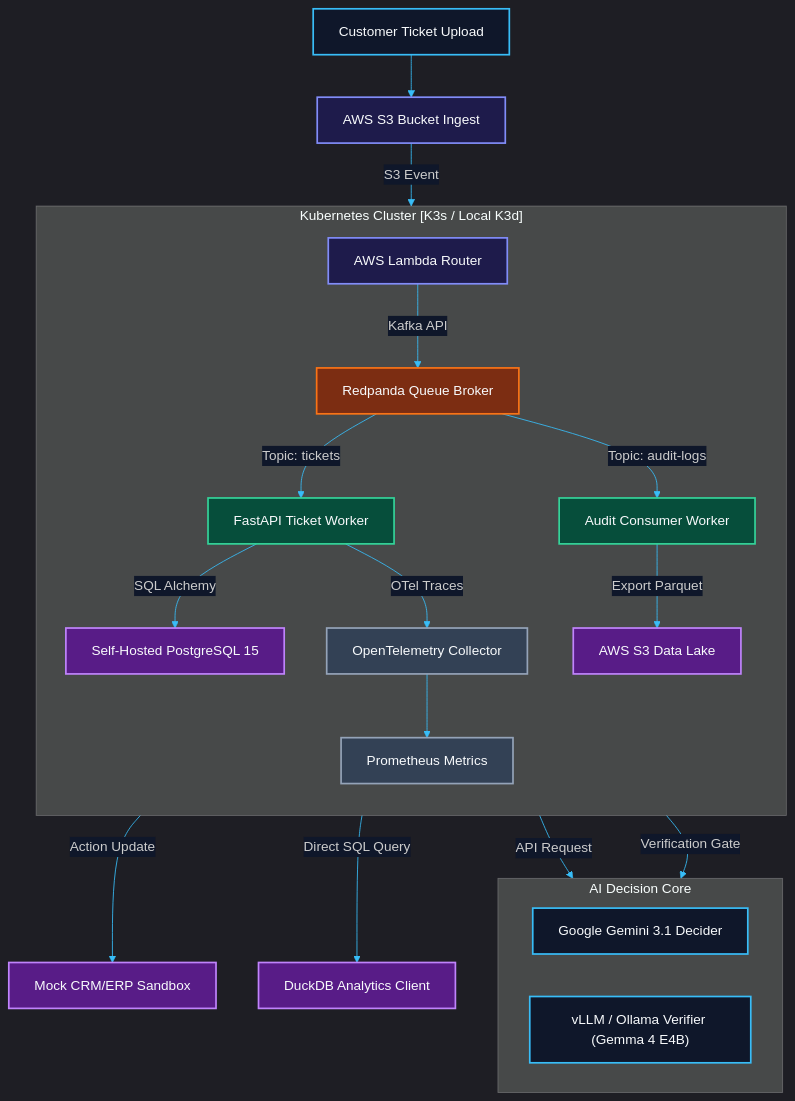
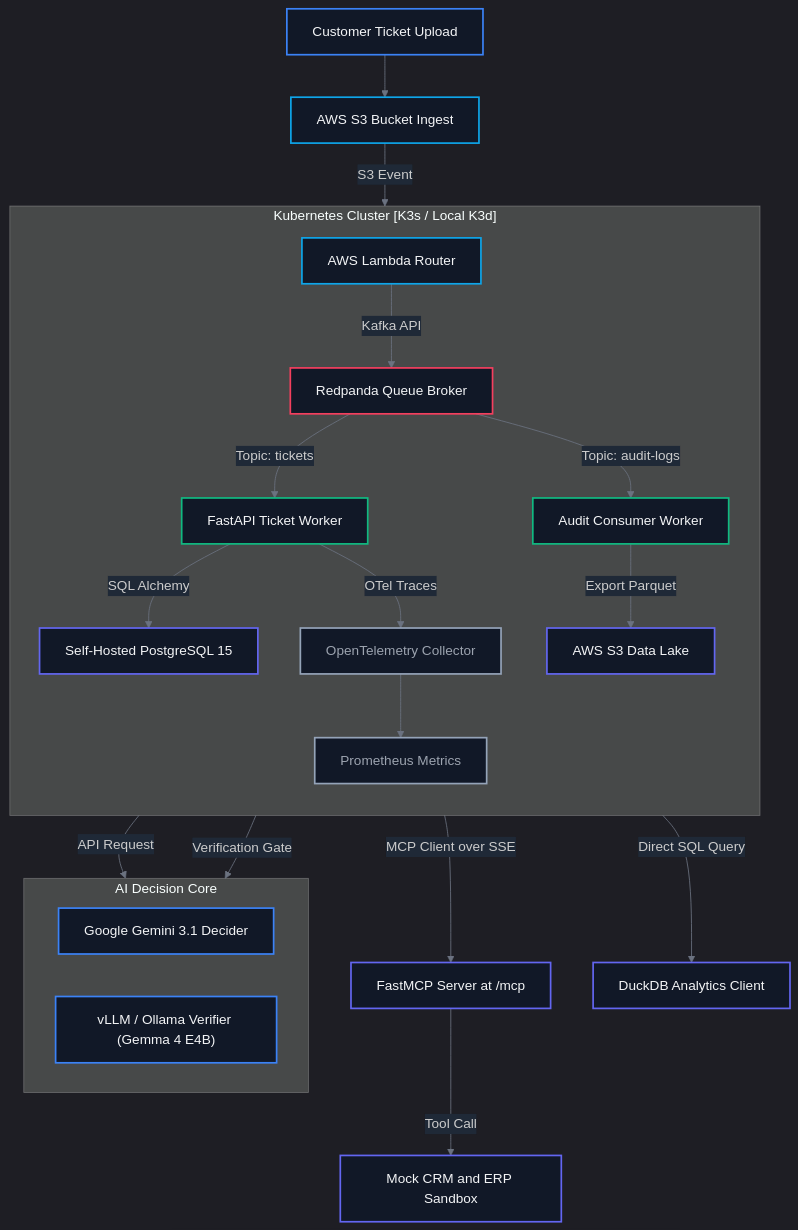
The diagram in README.md (Edric2412/AWS1), drawn with Mermaid before and after one commit. The commit also changed other lines of this file and 4 other files, not shown here.

Commit message:
feat: integrate FastMCP server for standardized CRM/ERP tool invocation and update system documentation.

````diff
--- a/README.md
+++ b/README.md
@@ -129,36 +129,37 @@
 ```mermaid
-%%{init: {'theme': 'dark', 'themeVariables': { 'primaryColor': '#1e293b', 'primaryTextColor': '#f8fafc', 'lineColor': '#38bdf8', 'edgeLabelBackground': '#0f172a' }}}%%
+%%{init: {'theme': 'dark', 'themeVariables': { 'primaryColor': '#111827', 'primaryTextColor': '#f3f4f6', 'lineColor': '#6b7280', 'edgeLabelBackground': '#1f2937' }}}%%
 graph TD
-    classDef client fill:#0f172a,stroke:#38bdf8,stroke-width:2px,color:#f8fafc;
-    classDef serverless fill:#1e1b4b,stroke:#818cf8,stroke-width:2px,color:#f8fafc;
-    classDef queue fill:#7c2d12,stroke:#f97316,stroke-width:2px,color:#f8fafc;
-    classDef worker fill:#064e3b,stroke:#34d399,stroke-width:2px,color:#f8fafc;
-    classDef database fill:#581c87,stroke:#c084fc,stroke-width:2px,color:#f8fafc;
-    classDef monitoring fill:#334155,stroke:#94a3b8,stroke-width:2px,color:#f8fafc;
+    classDef client fill:#111827,stroke:#3b82f6,stroke-width:2px,color:#f3f4f6;
+    classDef serverless fill:#111827,stroke:#0ea5e9,stroke-width:2px,color:#f3f4f6;
+    classDef queue fill:#111827,stroke:#f43f5e,stroke-width:2px,color:#f3f4f6;
+    classDef worker fill:#111827,stroke:#10b981,stroke-width:2px,color:#f3f4f6;
+    classDef database fill:#111827,stroke:#6366f1,stroke-width:2px,color:#f3f4f6;
+    classDef monitoring fill:#111827,stroke:#94a3b8,stroke-width:2px,color:#9ca3af;
 
     Ticket[Customer Ticket Upload]:::client --> S3Ingest[AWS S3 Bucket Ingest]:::serverless
     S3Ingest -->|S3 Event| Lambda[AWS Lambda Router]:::serverless
     
     subgraph "Kubernetes Cluster [K3s / Local K3d]"
         direction TB
         Lambda -->|Kafka API| KafkaBroker[Redpanda Queue Broker]:::queue
         
         KafkaBroker -->|Topic: tickets| TicketWorker[FastAPI Ticket Worker]:::worker
         KafkaBroker -->|Topic: audit-logs| AuditWorker[Audit Consumer Worker]:::worker
         
         TicketWorker -->|SQL Alchemy| PG[Self-Hosted PostgreSQL 15]:::database
         AuditWorker -->|Export Parquet| S3DataLake[AWS S3 Data Lake]:::database
         
         TicketWorker -->|OTel Traces| OTel[OpenTelemetry Collector]:::monitoring
         OTel --> Prometheus[Prometheus Metrics]:::monitoring
     end
     
     subgraph AI Decision Core
         direction LR
         TicketWorker -->|API Request| Gemini[Google Gemini 3.1 Decider]:::client
         TicketWorker -->|Verification Gate| LocalLLM["vLLM / Ollama Verifier (Gemma 4 E4B)"]:::client
     end
     
-    TicketWorker -->|Action Update| MockEnterprise[Mock CRM/ERP Sandbox]:::database
-    S3DataLake -->|Direct SQL Query| DuckDB[DuckDB Analytics Client]:::database
+    TicketWorker -->|MCP Client over SSE| MCPServer["FastMCP Server at /mcp"]:::database
+    MCPServer -->|Tool Call| MockEnterprise["Mock CRM and ERP Sandbox"]:::database
+    S3DataLake -->|Direct SQL Query| DuckDB["DuckDB Analytics Client"]:::database
 ```
````
